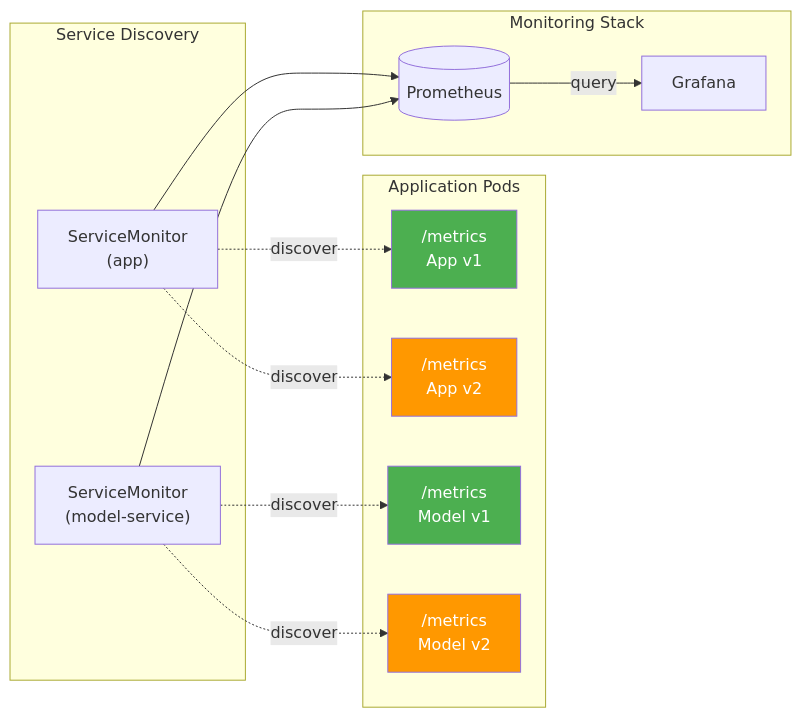
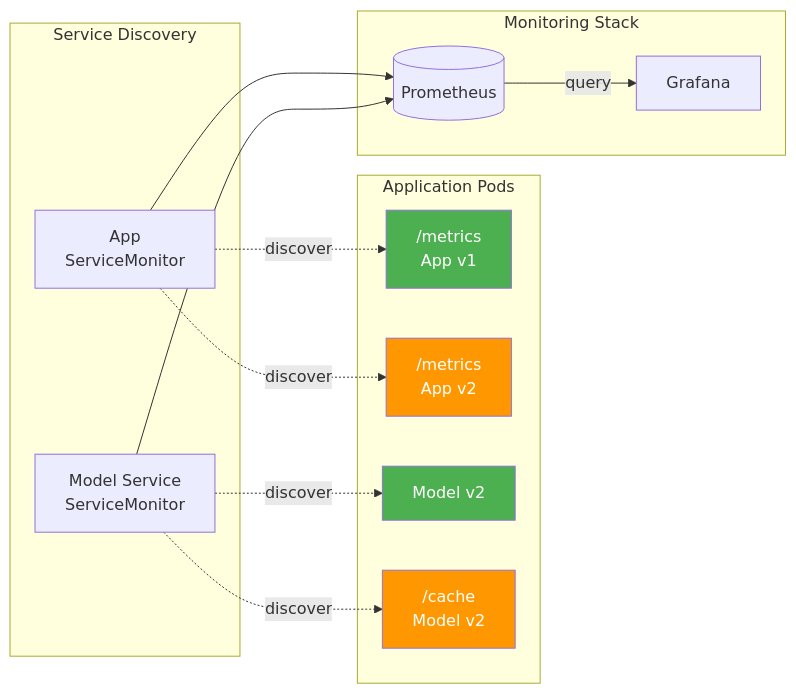
The seventh of 7 diagrams in docs/deployment.md (doda2025-team14/operation), drawn with Mermaid before and after one commit. The commit also changed other lines of this file, not shown here.

````diff
--- a/docs/deployment.md
+++ b/docs/deployment.md
@@ -363,30 +370,31 @@
 ```mermaid
 flowchart LR
     subgraph Pods["Application Pods"]
         A1["/metrics<br/>App v1"]
         A2["/metrics<br/>App v2"]
-        M1["/metrics<br/>Model v1"]
-        M2["/metrics<br/>Model v2"]
+        M1["Model v2"]
+        M2C["/cache<br/>Model v2"]
     end
 
     subgraph Discovery["Service Discovery"]
-        SM1["ServiceMonitor<br/>(app)"]
-        SM2["ServiceMonitor<br/>(model-service)"]
+        SMA["App<br/>ServiceMonitor<br/>"]
+        SMMS["Model Service<br/>ServiceMonitor<br/>"]
     end
 
     subgraph Stack["Monitoring Stack"]
         Prom[(Prometheus)]
         Graf["Grafana"]
     end
 
-    SM1 -.->|discover| A1 & A2
-    SM2 -.->|discover| M1 & M2
+    SMA -.->|discover| A1 & A2
+    SMMS -.->|discover| M1 & M2C
 
-    SM1 & SM2 --> Prom
+    SMA --> Prom
+    SMMS --> Prom
     Prom -->|query| Graf
 
     style A1 fill:#4CAF50,color:#fff
+    style M1 fill:#4CAF50,color:#fff
     style A2 fill:#FF9800,color:#fff
-    style M1 fill:#4CAF50,color:#fff
-    style M2 fill:#FF9800,color:#fff
+    style M2C fill:#FF9800,color:#fff
 ```
````
